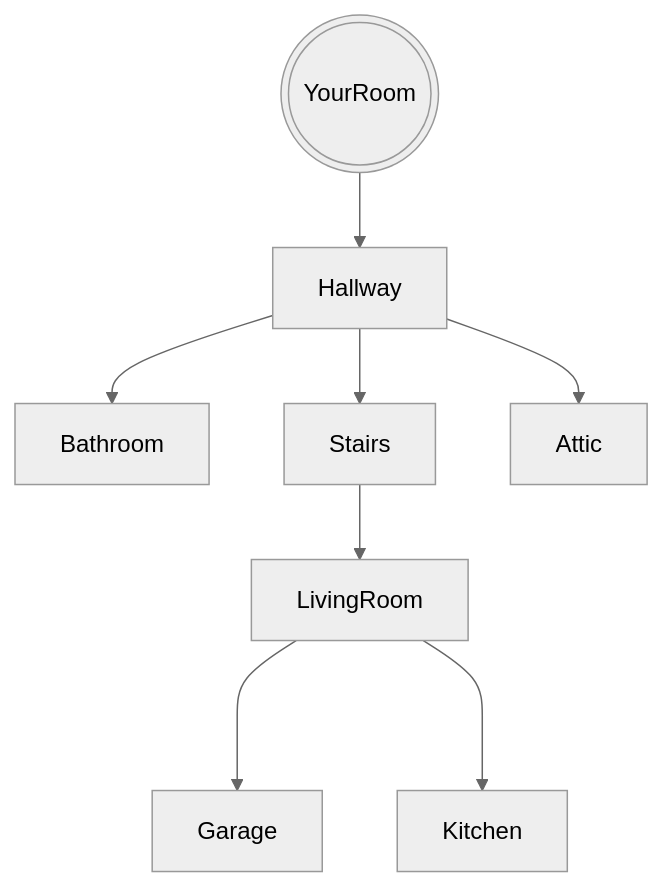
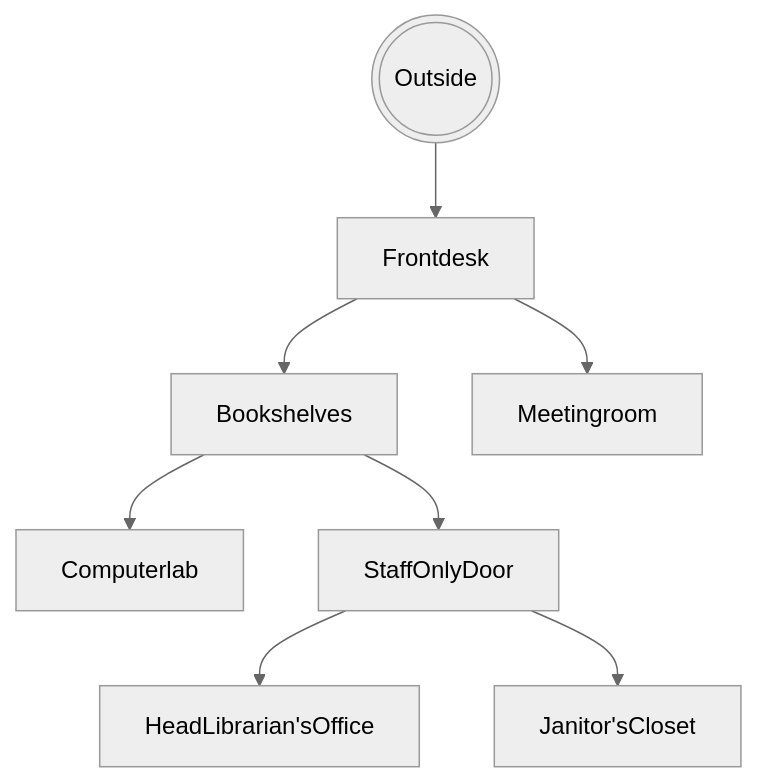
The diagram in projects/game/README.md (Woahthatsalooongusername/Woahthatsalooongusername.github.io), drawn with Mermaid (neutral theme) before and after one commit. The commit also changed other lines of this file and 1 other file, not shown here.

Commit message:
rebranding cause finding cheese is boring

````diff
--- a/projects/game/README.md
+++ b/projects/game/README.md
@@ -9,10 +9,10 @@
 ```mermaid
 graph TD;
-    YourRoom(((YourRoom)))-->Hallway;
-    Hallway-->Bathroom;
-    Hallway-->Stairs;
-    Hallway-->Attic;
-    Stairs-->LivingRoom;
-    LivingRoom--->Garage;
-    LivingRoom--->Kitchen;
+    Outside(((Outside)))-->Frontdesk;
+    Frontdesk-->Bookshelves;
+    Frontdesk-->Meetingroom
+    Bookshelves-->Computerlab;
+    Bookshelves-->StaffOnlyDoor;
+    StaffOnlyDoor-->HeadLibrarian'sOffice;
+    StaffOnlyDoor-->Janitor'sCloset;
 ```
````
